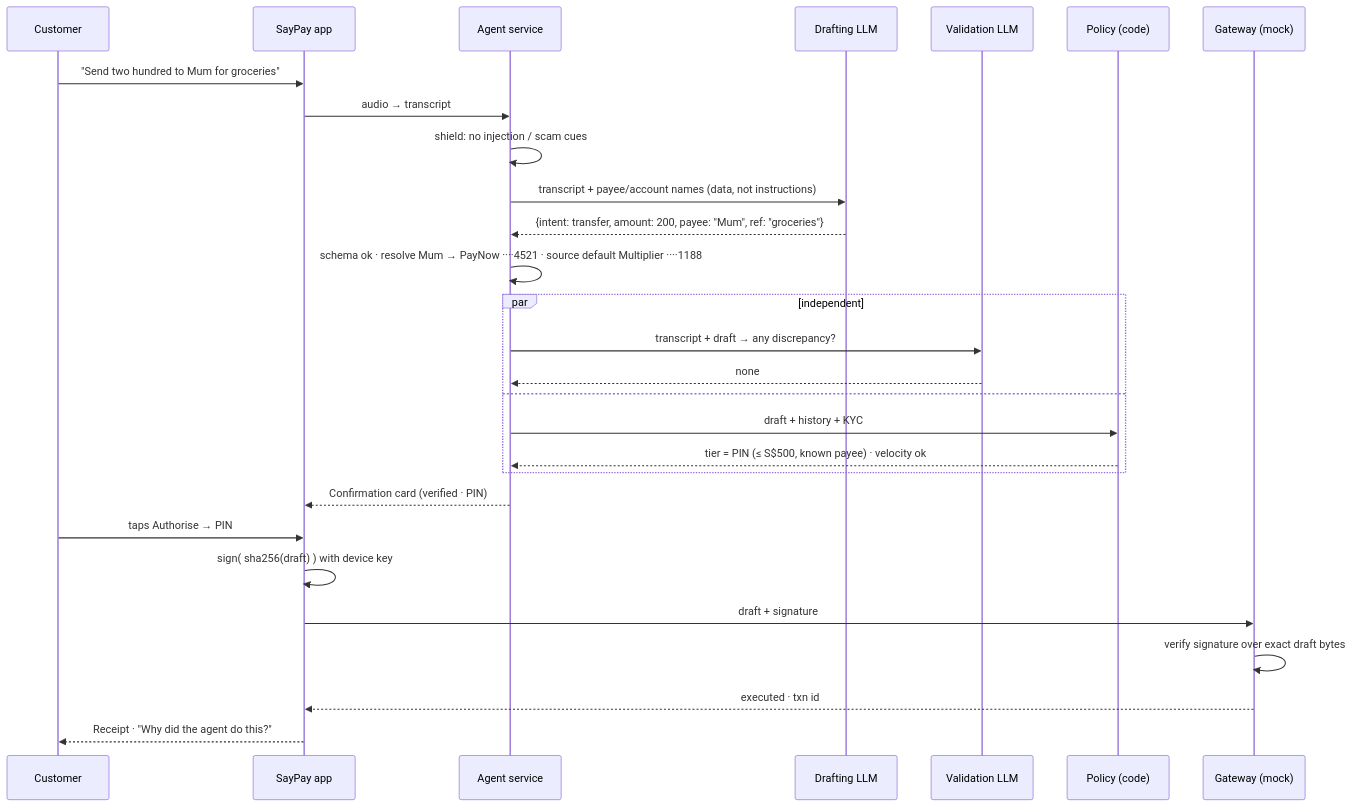
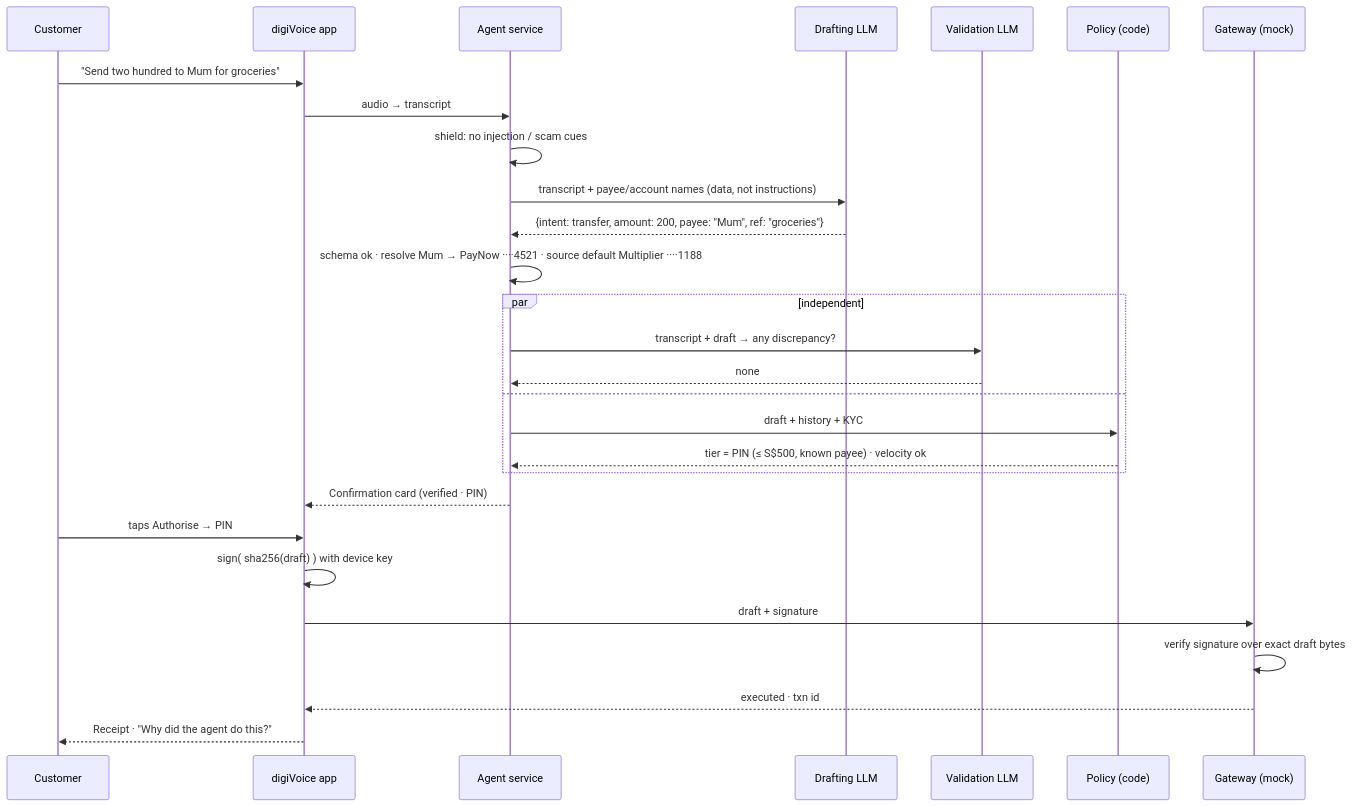
The third of 4 diagrams in docs/business-flow.md (aljabrialam/tencent-cloud-ai-hackathon-sg-2026), drawn with Mermaid before and after one commit. The commit also changed other lines of this file and 11 other files, not shown here.

First line of the commit message:
Rename to digiVoice, expand accessibility spec, add wearable path and mockup

````diff
--- a/docs/business-flow.md
+++ b/docs/business-flow.md
@@ -92,31 +92,31 @@
 ```mermaid
 sequenceDiagram
   participant C as Customer
-  participant APP as SayPay app
+  participant APP as digiVoice app
   participant SVC as Agent service
   participant L1 as Drafting LLM
   participant L2 as Validation LLM
   participant POL as Policy (code)
   participant GW as Gateway (mock)
 
   C->>APP: "Send two hundred to Mum for groceries"
   APP->>SVC: audio → transcript
   SVC->>SVC: shield: no injection / scam cues
   SVC->>L1: transcript + payee/account names (data, not instructions)
   L1-->>SVC: {intent: transfer, amount: 200, payee: "Mum", ref: "groceries"}
   SVC->>SVC: schema ok · resolve Mum → PayNow ····4521 · source default Multiplier ····1188
   par independent
     SVC->>L2: transcript + draft → any discrepancy?
     L2-->>SVC: none
   and
     SVC->>POL: draft + history + KYC
     POL-->>SVC: tier = PIN (≤ S$500, known payee) · velocity ok
   end
   SVC-->>APP: Confirmation card (verified · PIN)
   C->>APP: taps Authorise → PIN
   APP->>APP: sign( sha256(draft) ) with device key
   APP->>GW: draft + signature
   GW->>GW: verify signature over exact draft bytes
   GW-->>APP: executed · txn id
   APP-->>C: Receipt · "Why did the agent do this?"
 ```
````
